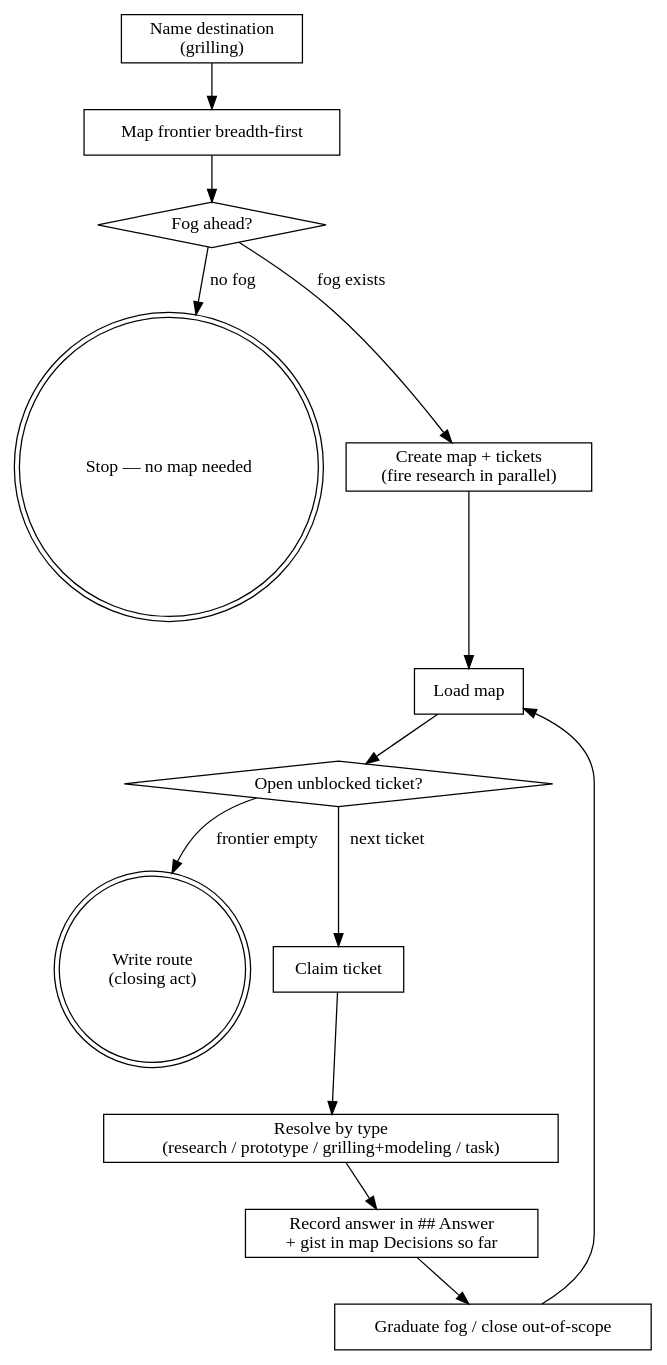
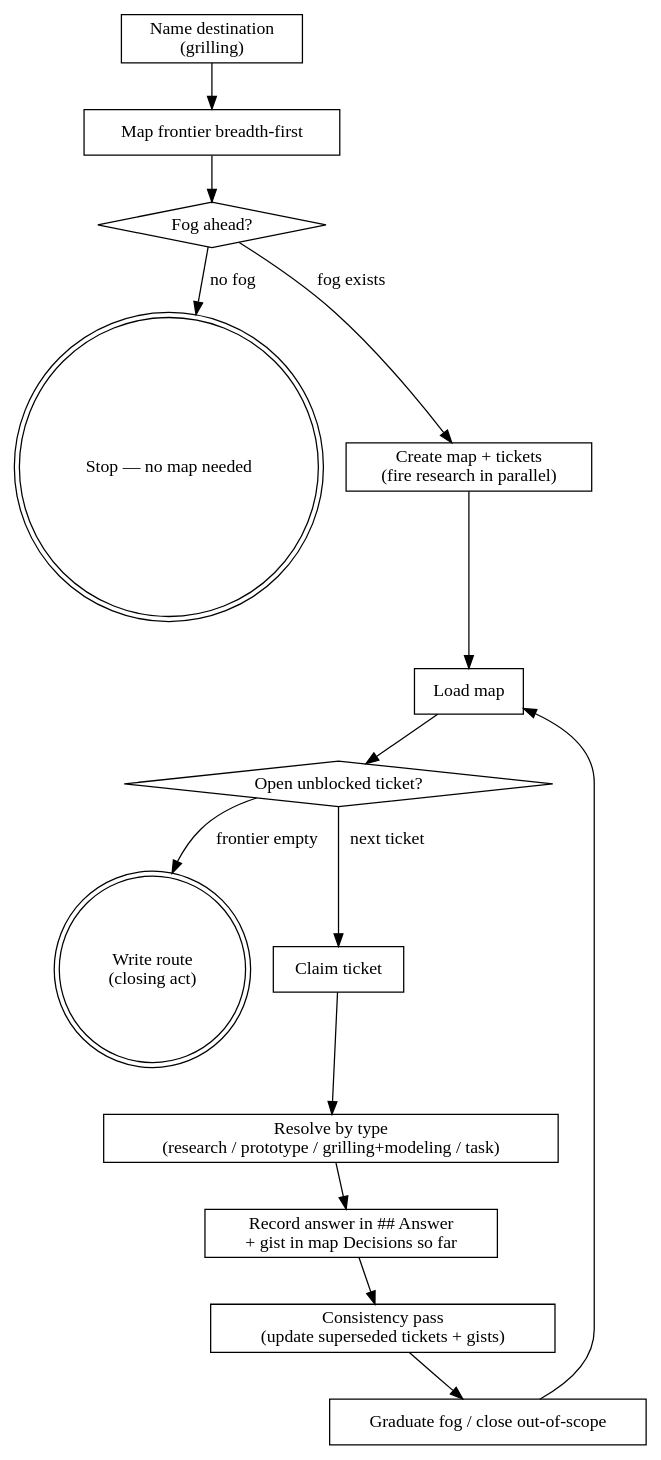
One commit to caiorcferreira/hamilton changed the diagram in skills/hamilton-wayfinder/SKILL.md. Above: the diagram before and after it, drawn with Graphviz. The commit also changed other lines of this file and 2 other files, not shown here.

Commit message:
feat(wayfinder): add consistency pass for superseded decisions
A resolving ticket now triggers a consistency pass: superseded tickets get
their old Answer moved to Outdated decisions, the current truth written in,
and their map gist rewritten. The supersession rule moves out of grilling
(which stays generic) and out of the deletable template hint into the
wayfinder work loop, which owns tickets.

Action 1 of wayfinder-skills-action-plan.md.

Claude-Session: https://claude.ai/code/session_016QEiFwULPjcX4Q5RQkDWY7

````diff
--- a/skills/hamilton-wayfinder/SKILL.md
+++ b/skills/hamilton-wayfinder/SKILL.md
@@ -78,29 +79,31 @@
 ```dot
 digraph hamilton_wayfinder {
     "Name destination\n(grilling)" [shape=box];
     "Map frontier breadth-first" [shape=box];
     "Fog ahead?" [shape=diamond];
     "Stop — no map needed" [shape=doublecircle];
     "Create map + tickets\n(fire research in parallel)" [shape=box];
     "Load map" [shape=box];
     "Open unblocked ticket?" [shape=diamond];
     "Write route\n(closing act)" [shape=doublecircle];
     "Claim ticket" [shape=box];
     "Resolve by type\n(research / prototype / grilling+modeling / task)" [shape=box];
     "Record answer in ## Answer\n+ gist in map Decisions so far" [shape=box];
+    "Consistency pass\n(update superseded tickets + gists)" [shape=box];
     "Graduate fog / close out-of-scope" [shape=box];
 
     "Name destination\n(grilling)" -> "Map frontier breadth-first";
     "Map frontier breadth-first" -> "Fog ahead?";
     "Fog ahead?" -> "Stop — no map needed" [label="no fog"];
     "Fog ahead?" -> "Create map + tickets\n(fire research in parallel)" [label="fog exists"];
     "Create map + tickets\n(fire research in parallel)" -> "Load map";
     "Load map" -> "Open unblocked ticket?";
     "Open unblocked ticket?" -> "Write route\n(closing act)" [label="frontier empty"];
     "Open unblocked ticket?" -> "Claim ticket" [label="next ticket"];
     "Claim ticket" -> "Resolve by type\n(research / prototype / grilling+modeling / task)";
     "Resolve by type\n(research / prototype / grilling+modeling / task)" -> "Record answer in ## Answer\n+ gist in map Decisions so far";
-    "Record answer in ## Answer\n+ gist in map Decisions so far" -> "Graduate fog / close out-of-scope";
+    "Record answer in ## Answer\n+ gist in map Decisions so far" -> "Consistency pass\n(update superseded tickets + gists)";
+    "Consistency pass\n(update superseded tickets + gists)" -> "Graduate fog / close out-of-scope";
     "Graduate fog / close out-of-scope" -> "Load map";
 }
 ```
````
